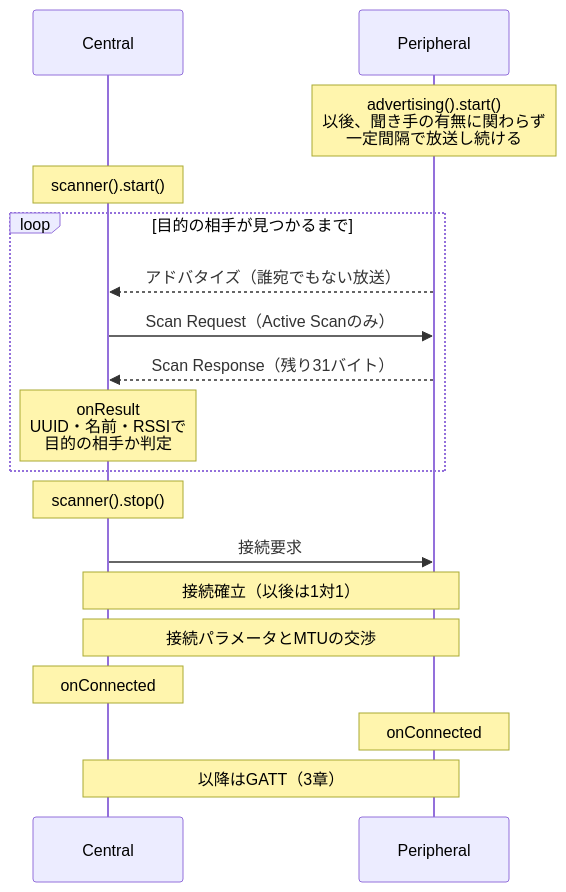
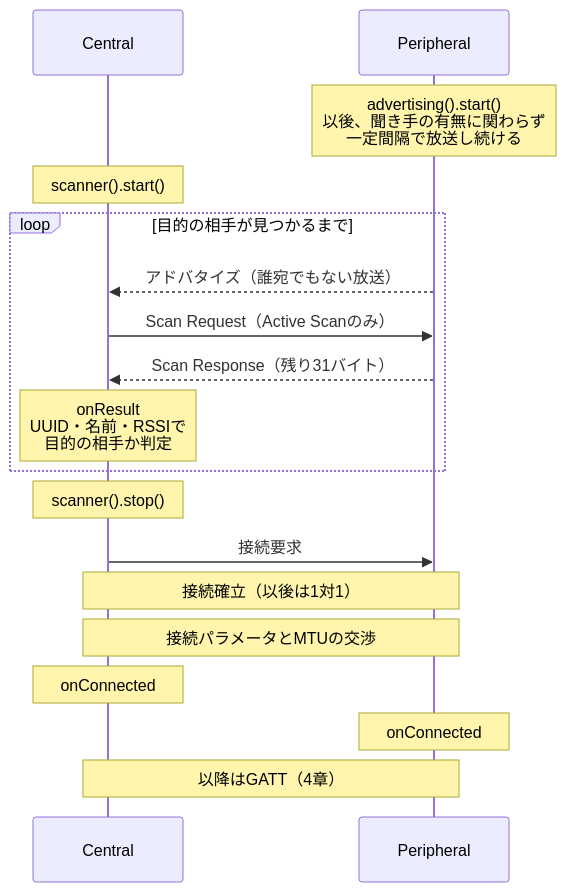
Before and after one commit to tanakamasayuki/EspBle: the first of 3 diagrams in docs/GUIDE_BLE_BASICS.ja.md, drawn with Mermaid. The commit also changed other lines of this file and 36 other files, not shown here.

````diff
--- a/docs/GUIDE_BLE_BASICS.ja.md
+++ b/docs/GUIDE_BLE_BASICS.ja.md
@@ -365,20 +366,20 @@
 ```mermaid
 sequenceDiagram
     participant C as Central
     participant P as Peripheral
     Note over P: advertising().start()<br/>以後、聞き手の有無に関わらず<br/>一定間隔で放送し続ける
     Note over C: scanner().start()
     loop 目的の相手が見つかるまで
         P-->>C: アドバタイズ（誰宛でもない放送）
         C->>P: Scan Request（Active Scanのみ）
         P-->>C: Scan Response（残り31バイト）
         Note over C: onResult<br/>UUID・名前・RSSIで<br/>目的の相手か判定
     end
     Note over C: scanner().stop()
     C->>P: 接続要求
     Note over C,P: 接続確立（以後は1対1）
     Note over C,P: 接続パラメータとMTUの交渉
     Note over C: onConnected
     Note over P: onConnected
-    Note over C,P: 以降はGATT（3章）
+    Note over C,P: 以降はGATT（4章）
 ```
````
